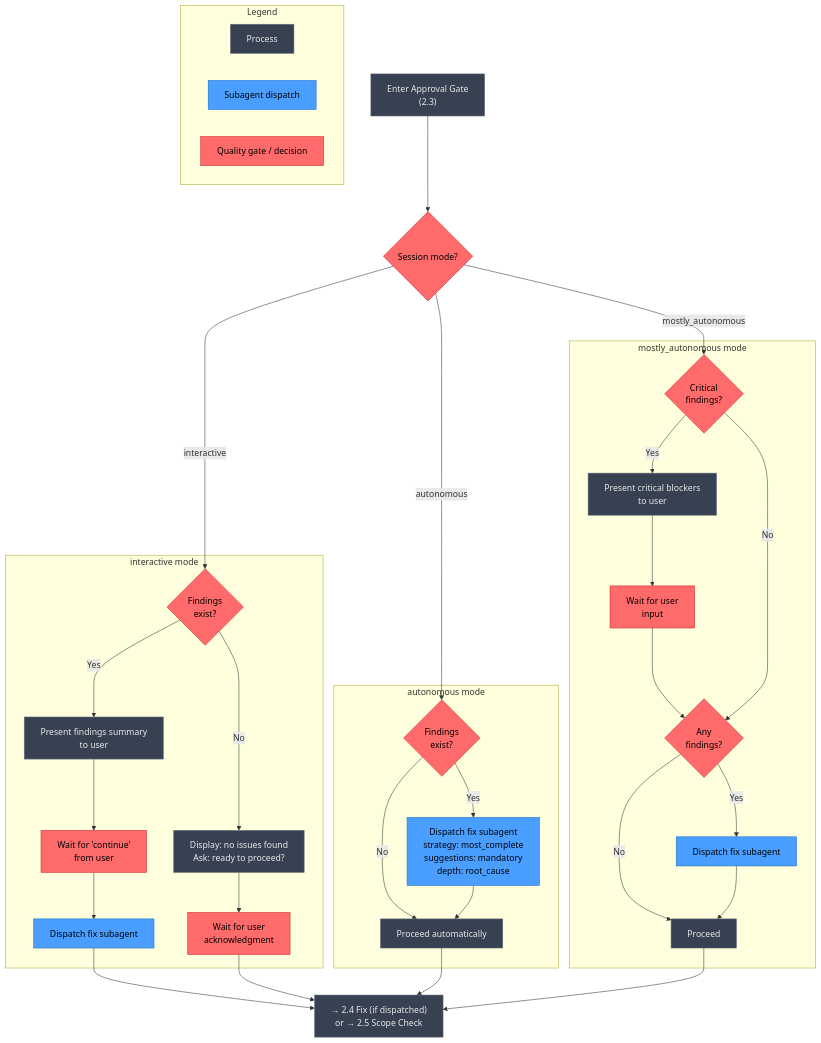
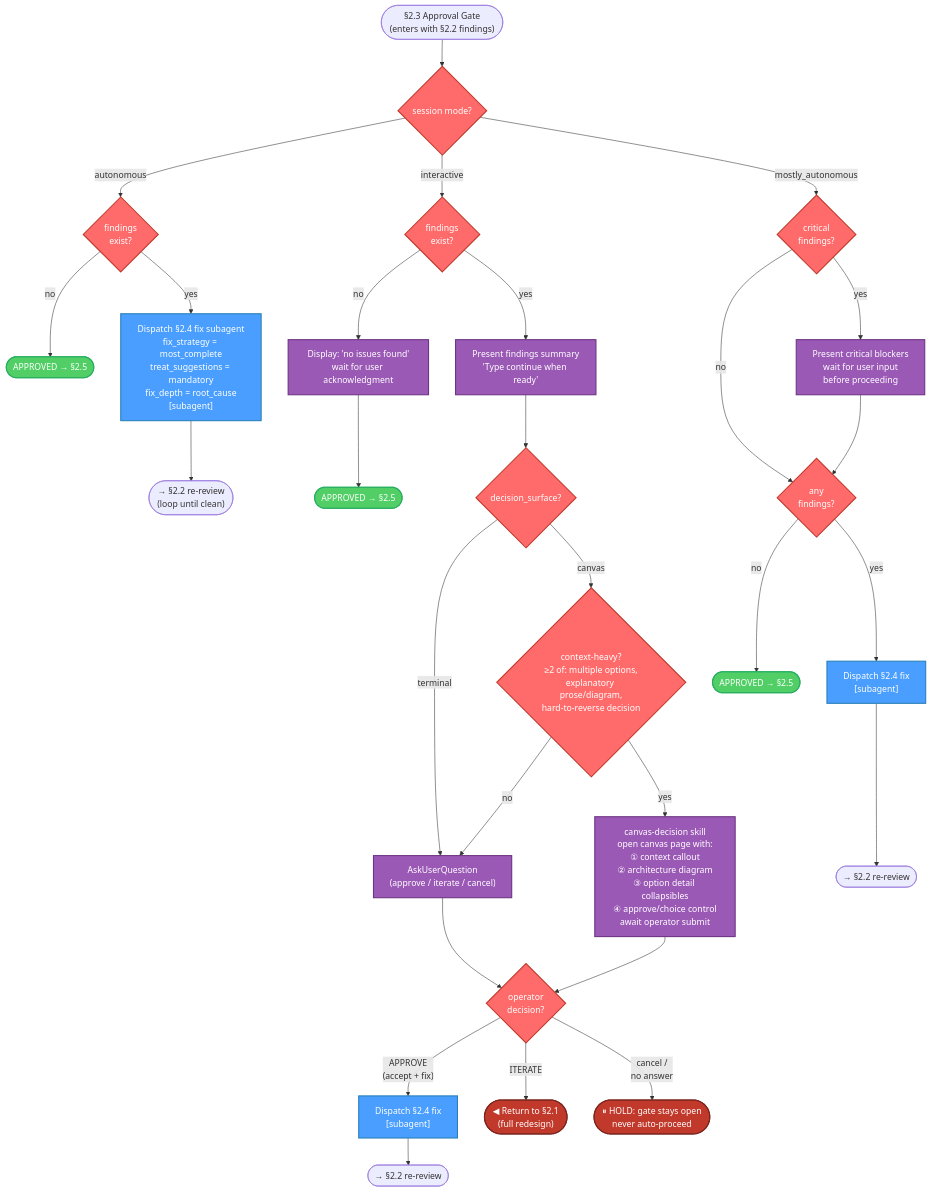
The second of 3 diagrams in docs/commands/feature-design.md (axiomantic/spellbook), drawn with Mermaid before and after one commit. The commit also changed other lines of this file and 27 other files, not shown here.

````diff
--- a/docs/commands/feature-design.md
+++ b/docs/commands/feature-design.md
@@ -80,69 +80,57 @@
 ```mermaid
 flowchart TD
-    ENTER["Enter Approval Gate\n(2.3)"]:::process
-    MODE{"Session mode?"}:::gate
+    classDef subagentNode fill:#4a9eff,color:#fff,stroke:#2980b9,stroke-width:2px
+    classDef gateNode fill:#ff6b6b,color:#fff,stroke:#c0392b,stroke-width:2px
+    classDef successNode fill:#51cf66,color:#fff,stroke:#27ae60,stroke-width:2px
+    classDef haltNode fill:#c0392b,color:#fff,stroke:#7b241c,stroke-width:2px
+    classDef userInputNode fill:#9b59b6,color:#fff,stroke:#6c3483,stroke-width:2px
 
-    ENTER --> MODE
+    ENTRY(["§2.3 Approval Gate\n(enters with §2.2 findings)"]) --> MODE
 
-    subgraph AUTONOMOUS["autonomous mode"]
-        A_FIND{"Findings\nexist?"}:::gate
-        A_FIX["Dispatch fix subagent\nstrategy: most_complete\nsuggestions: mandatory\ndepth: root_cause"]:::subagent
-        A_PROC["Proceed automatically"]:::process
-    end
+    MODE{"session mode?"}
 
-    subgraph INTERACTIVE["interactive mode"]
-        I_FIND{"Findings\nexist?"}:::gate
-        I_PRESENT["Present findings summary\nto user"]:::process
-        I_WAIT1["Wait for 'continue'\nfrom user"]:::gate
-        I_FIX["Dispatch fix subagent"]:::subagent
-        I_OK["Display: no issues found\nAsk: ready to proceed?"]:::process
-        I_WAIT2["Wait for user\nacknowledgment"]:::gate
-    end
+    %% ─── AUTONOMOUS ──────────────────────────────────────────────
+    MODE -- autonomous --> A_FIND{"findings\nexist?"}
+    A_FIND -- no --> A_PASS(["APPROVED → §2.5"])
+    A_FIND -- yes --> A_FIX["Dispatch §2.4 fix subagent\nfix_strategy = most_complete\ntreat_suggestions = mandatory\nfix_depth = root_cause\n[subagent]"]
+    A_FIX --> A_LOOP(["→ §2.2 re-review\n(loop until clean)"])
 
-    subgraph MOSTLY["mostly_autonomous mode"]
-        M_CRIT{"Critical\nfindings?"}:::gate
-        M_PRESENT["Present critical blockers\nto user"]:::process
-        M_WAIT["Wait for user\ninput"]:::gate
-        M_FIND{"Any\nfindings?"}:::gate
-        M_FIX["Dispatch fix subagent"]:::subagent
-        M_PROC["Proceed"]:::process
-    end
+    %% ─── INTERACTIVE ─────────────────────────────────────────────
+    MODE -- interactive --> I_FIND{"findings\nexist?"}
+    I_FIND -- no --> I_ACK["Display: 'no issues found'\nwait for user acknowledgment"]
+    I_ACK --> I_PASS(["APPROVED → §2.5"])
 
-    MODE -->|"autonomous"| A_FIND
-    A_FIND -->|"Yes"| A_FIX
-    A_FIND -->|"No"| A_PROC
-    A_FIX --> A_PROC
+    I_FIND -- yes --> I_PRESENT["Present findings summary\n'Type continue when ready'"]
+    I_PRESENT --> I_SURFACE
 
-    MODE -->|"interactive"| I_FIND
-    I_FIND -->|"Yes"| I_PRESENT
-    I_PRESENT --> I_WAIT1
-    I_WAIT1 --> I_FIX
-    I_FIX --> DONE
-    I_FIND -->|"No"| I_OK
-    I_OK --> I_WAIT2
-    I_WAIT2 --> DONE
+    I_SURFACE{"decision_surface?"}
+    I_SURFACE -- terminal --> I_ASK["AskUserQuestion\n(approve / iterate / cancel)"]
+    I_SURFACE -- canvas --> I_HEAVY{"context-heavy?\n≥2 of: multiple options,\nexplanatory prose/diagram,\nhard-to-reverse decision"}
+    I_HEAVY -- yes --> I_CANVAS["canvas-decision skill\nopen canvas page with:\n① context callout\n② architecture diagram\n③ option detail collapsibles\n④ approve/choice control\nawait operator submit"]
+    I_HEAVY -- no --> I_ASK
+    I_ASK --> I_OUTCOME
+    I_CANVAS --> I_OUTCOME
 
-    MODE -->|"mostly_autonomous"| M_CRIT
-    M_CRIT -->|"Yes"| M_PRESENT
-    M_PRESENT --> M_WAIT
-    M_WAIT --> M_FIND
-    M_CRIT -->|"No"| M_FIND
-    M_FIND -->|"Yes"| M_FIX
-    M_FIND -->|"No"| M_PROC
-    M_FIX --> M_PROC
+    I_OUTCOME{"operator\ndecision?"}
+    I_OUTCOME -- "APPROVE\n(accept + fix)" --> I_FIX["Dispatch §2.4 fix\n[subagent]"]
+    I_FIX --> I_LOOP(["→ §2.2 re-review"])
+    I_OUTCOME -- ITERATE --> I_ITER(["◀ Return to §2.1\n(full redesign)"])
+    I_OUTCOME -- "cancel /\nno answer" --> I_HOLD(["⏸ HOLD: gate stays open\nnever auto-proceed"])
 
-    A_PROC --> DONE
-    M_PROC --> DONE
+    %% ─── MOSTLY AUTONOMOUS ───────────────────────────────────────
+    MODE -- mostly_autonomous --> MA_CRIT{"critical\nfindings?"}
+    MA_CRIT -- yes --> MA_BLOCK["Present critical blockers\nwait for user input\nbefore proceeding"]
+    MA_CRIT -- no --> MA_ANY
+    MA_BLOCK --> MA_ANY
 
-    DONE["→ 2.4 Fix (if dispatched)\nor → 2.5 Scope Check"]:::process
+    MA_ANY{"any\nfindings?"}
+    MA_ANY -- yes --> MA_FIX["Dispatch §2.4 fix\n[subagent]"]
+    MA_FIX --> MA_LOOP(["→ §2.2 re-review"])
+    MA_ANY -- no --> MA_PASS(["APPROVED → §2.5"])
 
-    classDef gate fill:#ff6b6b,color:#000,stroke:#c92a2a
-    classDef subagent fill:#4a9eff,color:#000,stroke:#1971c2
-    classDef process fill:#374151,color:#e8e8ea,stroke:#6b7280
-
-    subgraph LEGEND["Legend"]
-        L1["Process"]:::process
-        L2["Subagent dispatch"]:::subagent
-        L3["Quality gate / decision"]:::gate
-    end
+    class A_FIX,I_FIX,MA_FIX subagentNode
+    class MODE,I_SURFACE,I_HEAVY,I_OUTCOME,A_FIND,I_FIND,MA_CRIT,MA_ANY gateNode
+    class A_PASS,I_PASS,MA_PASS successNode
+    class I_HOLD,I_ITER haltNode
+    class I_ASK,I_ACK,I_CANVAS,MA_BLOCK,I_PRESENT userInputNode
 ```
````
